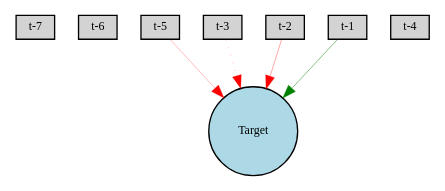
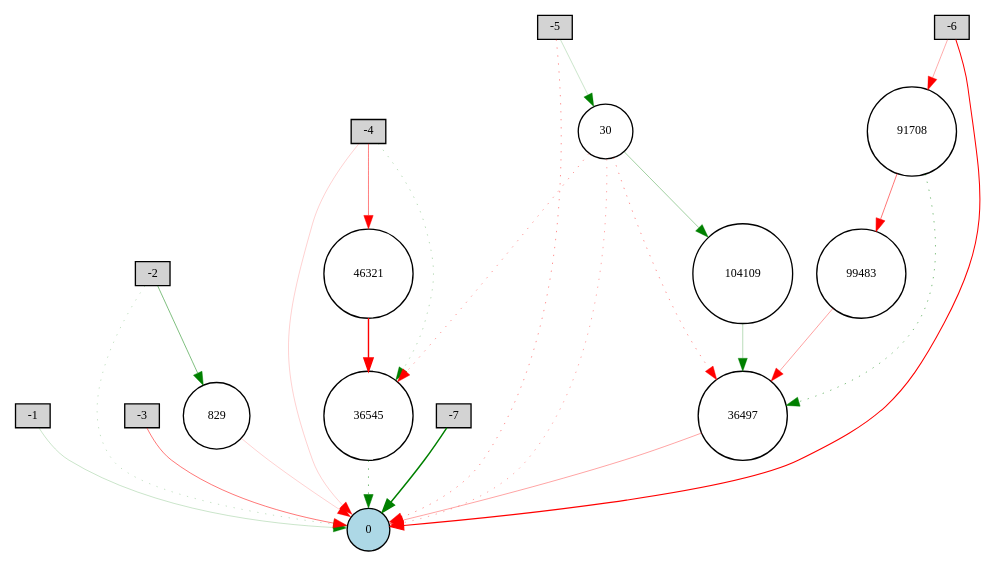
One commit to lafengxiaoyu/ENN changed the diagram in lynx/Digraph.gv. Above: the diagram before and after it, drawn with Graphviz. The commit also changed 31 other files, not shown here.

```diff
--- a/lynx/Digraph.gv
+++ b/lynx/Digraph.gv
@@ -1,15 +1,43 @@
 digraph {
 	node [fontsize=9 height=0.2 shape=circle width=0.2]
-	"t-7" [fillcolor=lightgray shape=box style=filled]
-	"t-6" [fillcolor=lightgray shape=box style=filled]
-	"t-5" [fillcolor=lightgray shape=box style=filled]
-	"t-4" [fillcolor=lightgray shape=box style=filled]
-	"t-3" [fillcolor=lightgray shape=box style=filled]
-	"t-2" [fillcolor=lightgray shape=box style=filled]
-	"t-1" [fillcolor=lightgray shape=box style=filled]
-	Target [fillcolor=lightblue style=filled]
-	"t-5" -> Target [color=red penwidth=0.20458912396681306 style=solid]
-	"t-1" -> Target [color=green penwidth=0.35990489442101725 style=solid]
-	"t-2" -> Target [color=red penwidth=0.260915275439186 style=solid]
-	"t-3" -> Target [color=red penwidth=0.1580159987414048 style=dotted]
+	-1 [fillcolor=lightgray shape=box style=filled]
+	-2 [fillcolor=lightgray shape=box style=filled]
+	-3 [fillcolor=lightgray shape=box style=filled]
+	-4 [fillcolor=lightgray shape=box style=filled]
+	-5 [fillcolor=lightgray shape=box style=filled]
+	-6 [fillcolor=lightgray shape=box style=filled]
+	-7 [fillcolor=lightgray shape=box style=filled]
+	0 [fillcolor=lightblue style=filled]
+	36545 [fillcolor=white style=filled]
+	104109 [fillcolor=white style=filled]
+	36497 [fillcolor=white style=filled]
+	46321 [fillcolor=white style=filled]
+	99483 [fillcolor=white style=filled]
+	91708 [fillcolor=white style=filled]
+	829 [fillcolor=white style=filled]
+	30 [fillcolor=white style=filled]
+	-1 -> 0 [color=green penwidth=0.15876851670190384 style=solid]
+	-2 -> 0 [color=green penwidth=0.1803531875025044 style=dotted]
+	-3 -> 0 [color=red penwidth=0.4004792132268661 style=solid]
+	-4 -> 0 [color=red penwidth=0.13914048790189226 style=solid]
+	-5 -> 0 [color=red penwidth=0.32866657393644566 style=dotted]
+	-6 -> 0 [color=red penwidth=0.7754415317919141 style=solid]
+	-7 -> 0 [color=green penwidth=1.1 style=solid]
+	-5 -> 30 [color=green penwidth=0.16150656599626373 style=solid]
+	30 -> 0 [color=red penwidth=0.262951417552656 style=dotted]
+	-2 -> 829 [color=green penwidth=0.37676573120104906 style=solid]
+	829 -> 0 [color=red penwidth=0.14398353385211152 style=solid]
+	30 -> 36497 [color=red penwidth=0.33076453567980857 style=dotted]
+	36497 -> 0 [color=red penwidth=0.2734550124842603 style=solid]
+	-4 -> 36545 [color=green penwidth=0.22363181795072734 style=dotted]
+	36545 -> 0 [color=green penwidth=0.44033371043545766 style=dotted]
+	-4 -> 46321 [color=red penwidth=0.3845624796486332 style=solid]
+	46321 -> 36545 [color=red penwidth=1.0511726689602536 style=solid]
+	-6 -> 91708 [color=red penwidth=0.24897121004870523 style=solid]
+	91708 -> 36497 [color=green penwidth=0.38851942371784465 style=dotted]
+	30 -> 36545 [color=red penwidth=0.29941498686251466 style=dotted]
+	91708 -> 99483 [color=red penwidth=0.4143099546996776 style=solid]
+	99483 -> 36497 [color=red penwidth=0.2840576778506638 style=solid]
+	30 -> 104109 [color=green penwidth=0.28295077281833114 style=solid]
+	104109 -> 36497 [color=green penwidth=0.2078141832900443 style=solid]
 }
```
